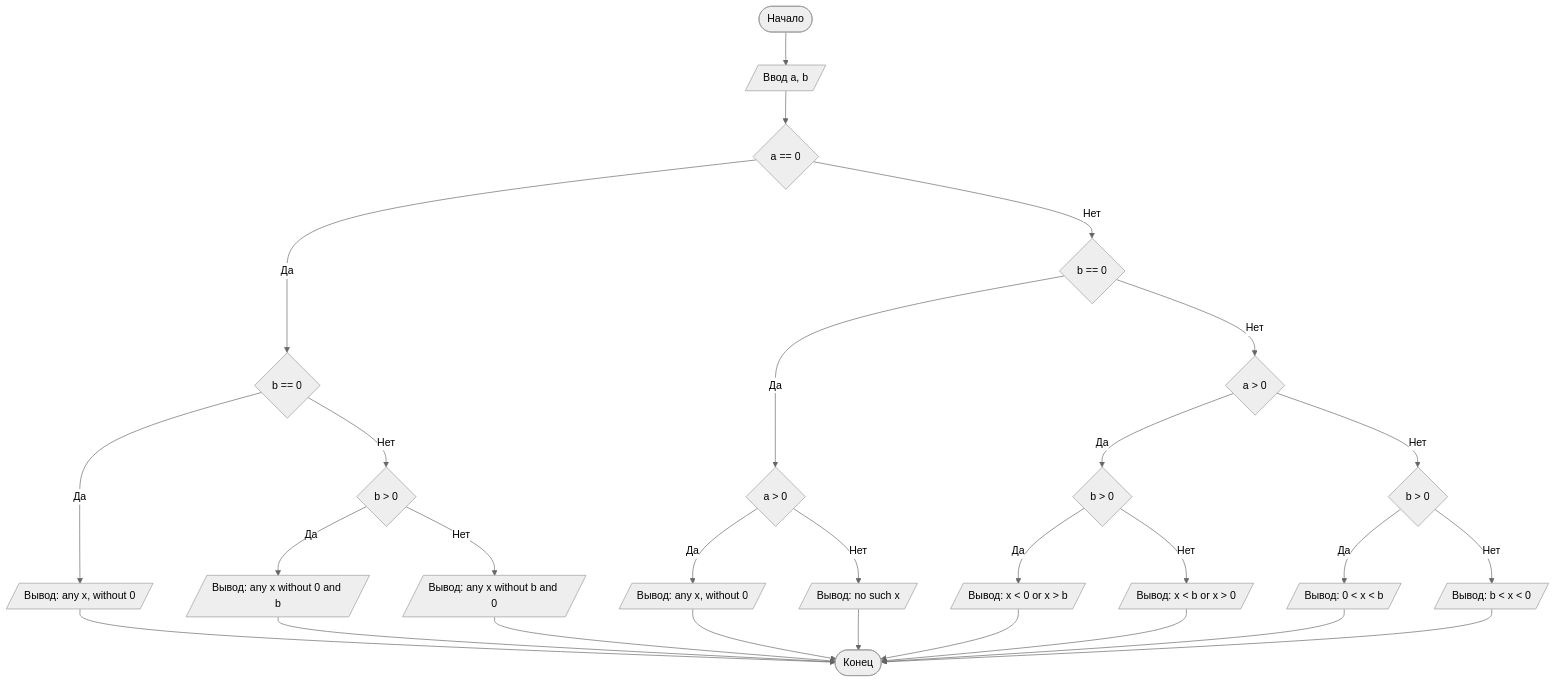
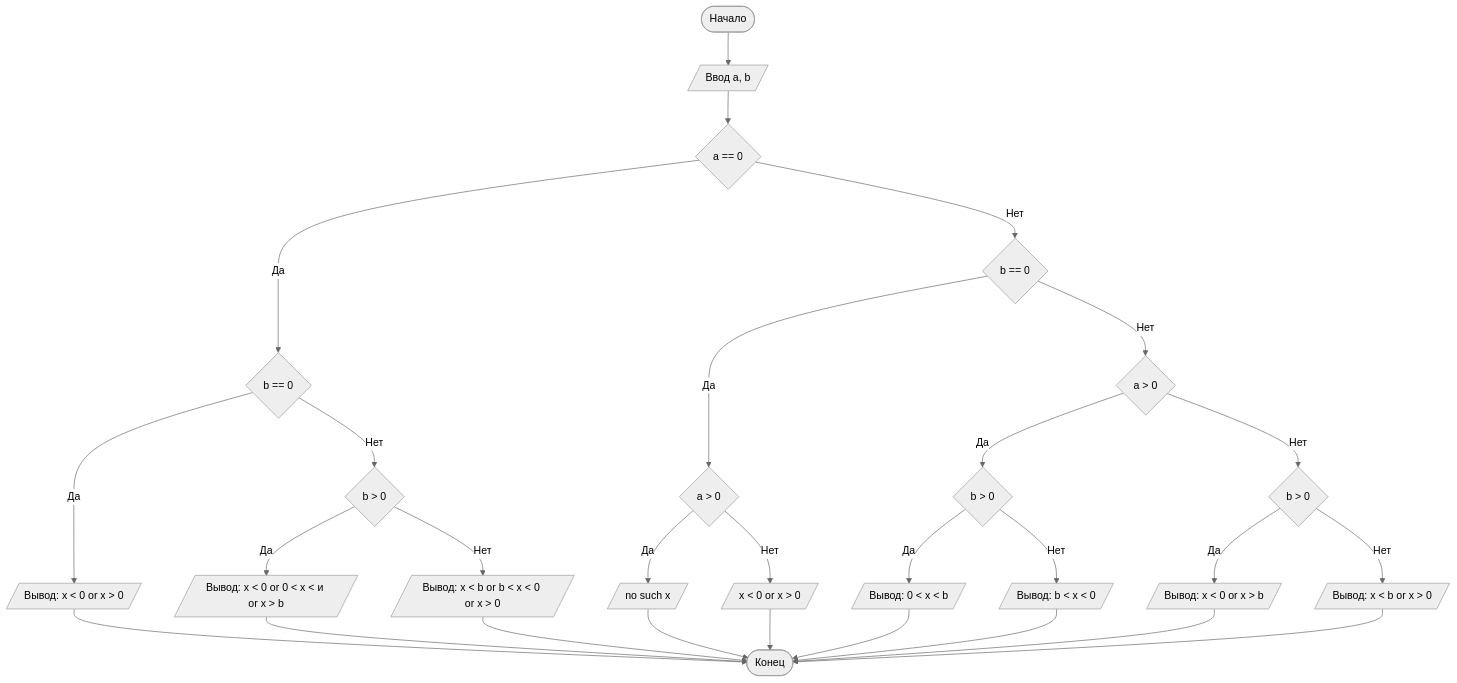
One commit to Egormodanov/1labwork- changed the diagram in README.md. Above: the diagram before and after it, drawn with Mermaid (neutral theme). The commit also changed other lines of this file, not shown here.

````diff
--- a/README.md
+++ b/README.md
@@ -82,31 +82,31 @@
 ```mermaid
 graph TD
     A([Начало]) --> B[/Ввод a, b/]
     B --> C{a == 0}
     C -- Да --> D{b == 0}
-    D -- Да --> E[/"Вывод: any x, without 0"/]
+    D -- Да --> E[/"Вывод: x < 0 or x > 0"/]
     D -- Нет --> F{b > 0}
-    F -- Да --> G[/"Вывод: any x without 0 and b"/]
-    F -- Нет --> H[/"Вывод: any x without b and 0"/]
+    F -- Да --> G[/"Вывод: x < 0 or 0 < x < и or x > b"/]
+    F -- Нет --> H[/"Вывод: x < b or b < x < 0 or x > 0"/]
     C -- Нет --> I{b == 0}
     I -- Да --> J{a > 0}
-    J -- Да --> K[/"Вывод: any x, without 0"/]
-    J -- Нет --> L[/"Вывод: no such x"/]
+    J -- Да --> K[/"no such x"/]
+    J -- Нет --> L[/"x < 0 or x > 0"/]
     I -- Нет --> M{a > 0}
     M -- Да --> N{b > 0}
-    N -- Да --> O[/"Вывод: x < 0 or x > b"/]
-    N -- Нет --> P[/"Вывод: x < b or x > 0"/]
+    N -- Да --> O[/"Вывод: 0 < x < b"/]
+    N -- Нет --> P[/"Вывод: b < x < 0"/]
     M -- Нет --> Q{b > 0}
-    Q -- Да --> R[/"Вывод: 0 < x < b"/]
-    Q -- Нет --> S[/"Вывод: b < x < 0"/]
+    Q -- Да --> R[/"Вывод: x < 0 or x > b"/]
+    Q -- Нет --> S[/"Вывод: x < b or x > 0"/]
     E --> T([Конец])
     G --> T
     H --> T
     K --> T
     L --> T
     O --> T
     P --> T
     R --> T
     S --> T
 
 ```
````
